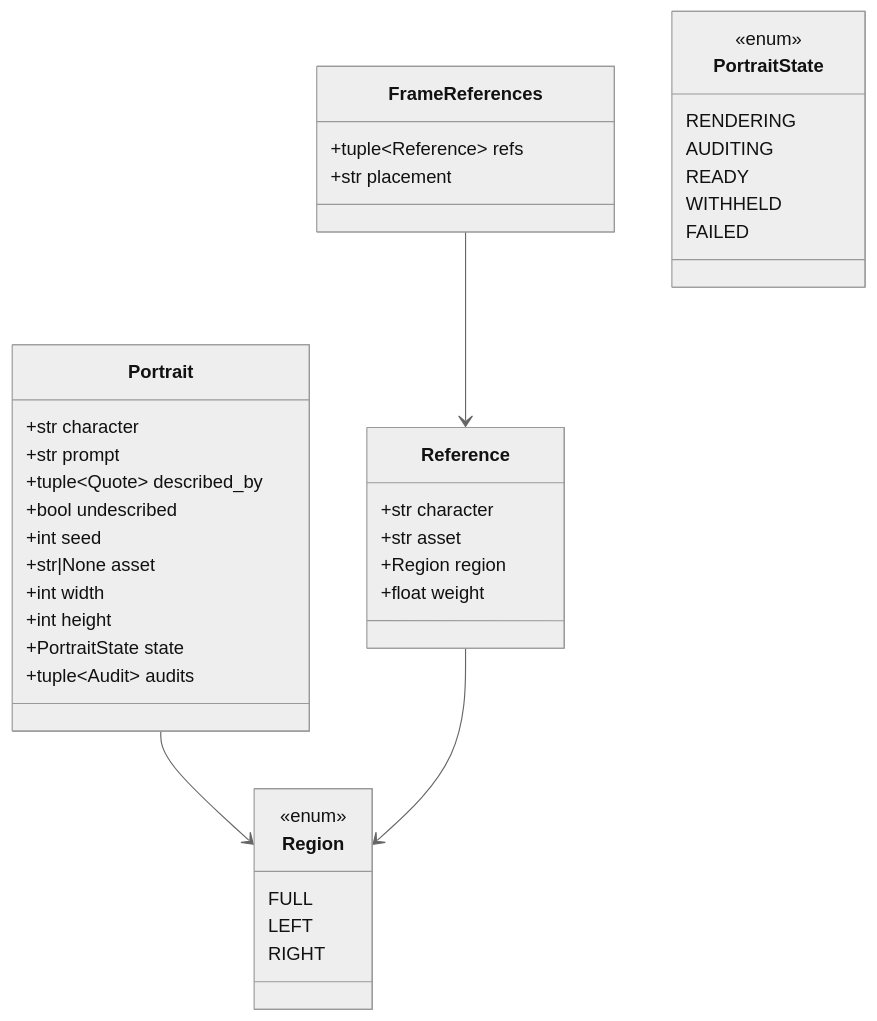
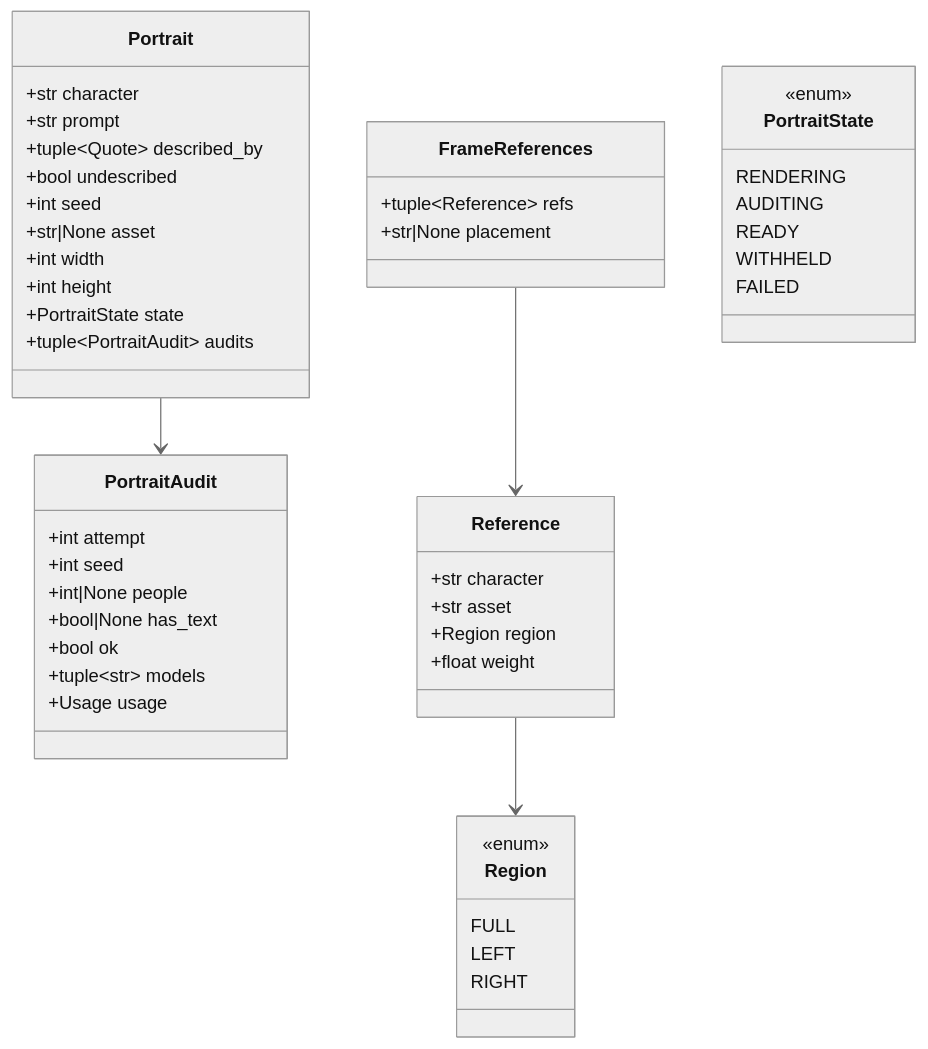
One commit to Katlego-tech/Panelwise changed the first of 3 diagrams in docs/design/characters.md. Above: the diagram before and after it, drawn with Mermaid (neutral theme). The commit also changed other lines of this file, not shown here.

Commit message:
docs(characters): T012 name redaction resolves rule 1 vs verbatim quotes; own portrait audit; deduped references (review)

````diff
--- a/docs/design/characters.md
+++ b/docs/design/characters.md
@@ -30,42 +30,51 @@
 ```mermaid
 classDiagram
     class Portrait {
         +str character
         +str prompt
         +tuple~Quote~ described_by
         +bool undescribed
         +int seed
         +str|None asset
         +int width
         +int height
         +PortraitState state
-        +tuple~Audit~ audits
+        +tuple~PortraitAudit~ audits
+    }
+    class PortraitAudit {
+        +int attempt
+        +int seed
+        +int|None people
+        +bool|None has_text
+        +bool ok
+        +tuple~str~ models
+        +Usage usage
     }
     class Reference {
         +str character
         +str asset
         +Region region
         +float weight
     }
     class FrameReferences {
         +tuple~Reference~ refs
-        +str placement
+        +str|None placement
     }
     class Region {
         <<enum>>
         FULL
         LEFT
         RIGHT
     }
     class PortraitState {
         <<enum>>
         RENDERING
         AUDITING
         READY
         WITHHELD
         FAILED
     }
-    Portrait --> Region
+    Portrait --> PortraitAudit
     FrameReferences --> Reference
     Reference --> Region
 ```
````
